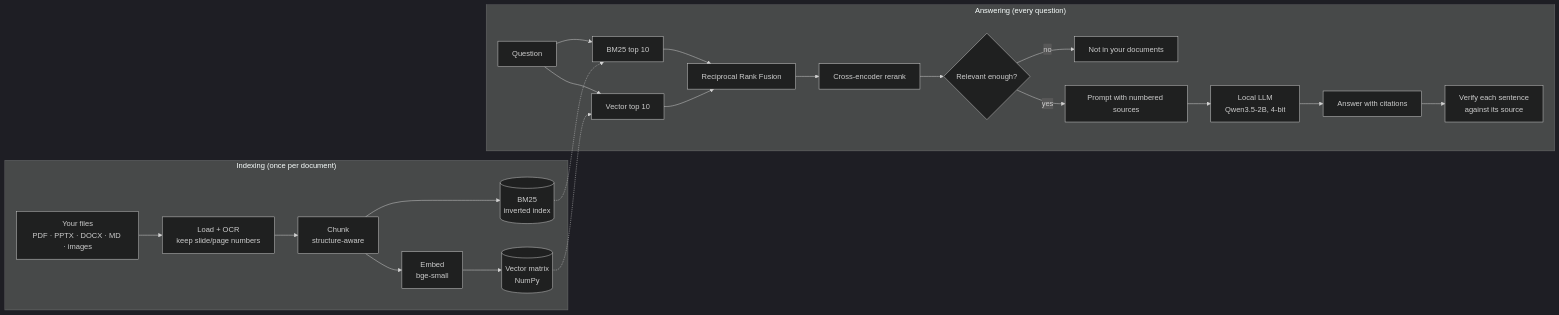
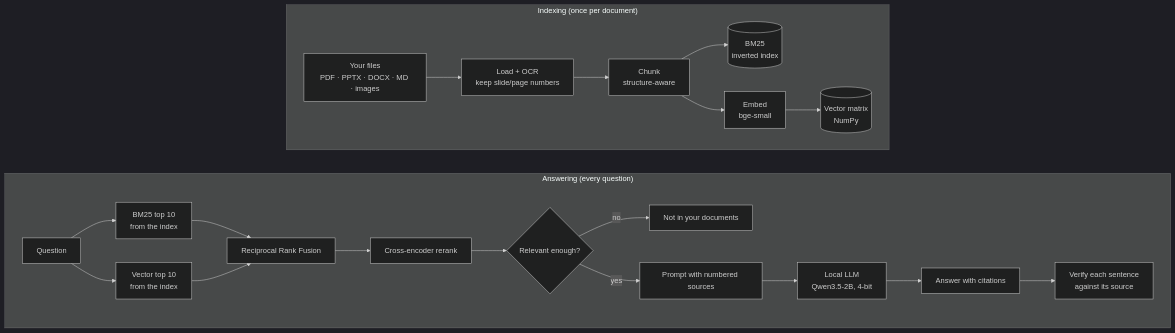
One commit to Abubakar-idrees-01/data-to-impact changed the diagram in 01-rag-from-scratch/docs/HOW_IT_WORKS.md. Above: the diagram before and after it, drawn with Mermaid (dark theme). The commit also changed other lines of this file and 6 other files, not shown here.

Commit message:
RAG docs: project timeline (phases, problems, fixes) and one-page overview, with charts; architecture diagram readable at page width

````diff
--- a/01-rag-from-scratch/docs/HOW_IT_WORKS.md
+++ b/01-rag-from-scratch/docs/HOW_IT_WORKS.md
@@ -12,24 +12,25 @@
 ```mermaid
-flowchart LR
+flowchart TB
     subgraph Indexing["Indexing (once per document)"]
+        direction LR
         F[Your files<br/>PDF · PPTX · DOCX · MD · images] --> L[Load + OCR<br/>keep slide/page numbers]
         L --> C[Chunk<br/>structure-aware]
         C --> B[(BM25<br/>inverted index)]
         C --> E[Embed<br/>bge-small] --> V[(Vector matrix<br/>NumPy)]
     end
     subgraph Answering["Answering (every question)"]
-        Q[Question] --> B2[BM25 top 10]
-        Q --> V2[Vector top 10]
+        direction LR
+        Q[Question] --> B2[BM25 top 10<br/>from the index]
+        Q --> V2[Vector top 10<br/>from the index]
         B2 --> R[Reciprocal Rank Fusion]
         V2 --> R
         R --> X[Cross-encoder rerank]
         X --> D{Relevant enough?}
         D -- no --> N["Not in your documents"]
         D -- yes --> P[Prompt with numbered sources]
         P --> M[Local LLM<br/>Qwen3.5-2B, 4-bit]
         M --> A[Answer with citations]
         A --> W[Verify each sentence<br/>against its source]
     end
-    B -.-> B2
-    V -.-> V2
+    Indexing ~~~ Answering
 ```
````
